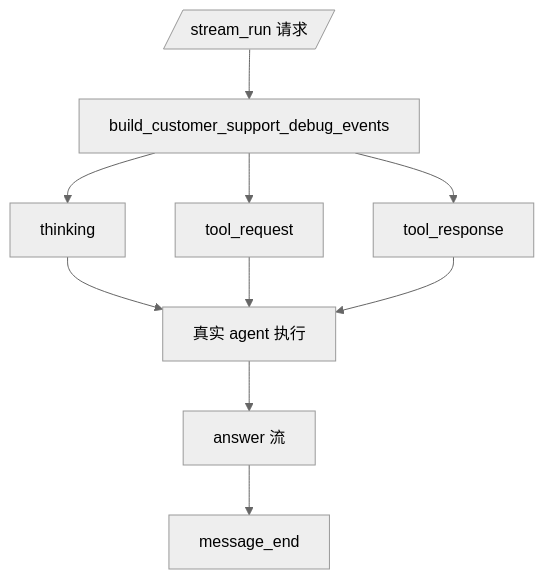
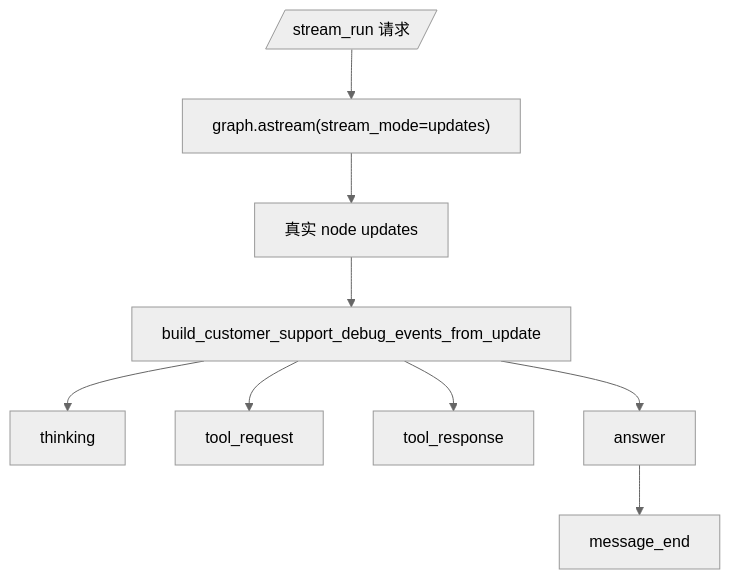
One commit to lr12338/hifleet-agent changed the seventh of 8 diagrams in docs/AGENT_TECHNICAL_DOCUMENTATION.md. Above: the diagram before and after it, drawn with Mermaid (neutral theme). The commit also changed other lines of this file and 9 other files, not shown here.

Commit message:
Improve employee assistant routing and sandbox flow

````diff
--- a/docs/AGENT_TECHNICAL_DOCUMENTATION.md
+++ b/docs/AGENT_TECHNICAL_DOCUMENTATION.md
@@ -450,12 +469,11 @@
 ```mermaid
 flowchart TD
-    Req[/stream_run 请求/] --> Debug[build_customer_support_debug_events]
+    Req[/stream_run 请求/] --> Graph["graph.astream(stream_mode=updates)"]
+    Graph --> Update["真实 node updates"]
+    Update --> Debug["build_customer_support_debug_events_from_update"]
     Debug --> SSE1[thinking]
     Debug --> SSE2[tool_request]
     Debug --> SSE3[tool_response]
-    SSE1 --> Agent[真实 agent 执行]
-    SSE2 --> Agent
-    SSE3 --> Agent
-    Agent --> Answer[answer 流]
-    Answer --> End[message_end]
+    Debug --> SSE4[answer]
+    SSE4 --> End[message_end]
 ```
````
